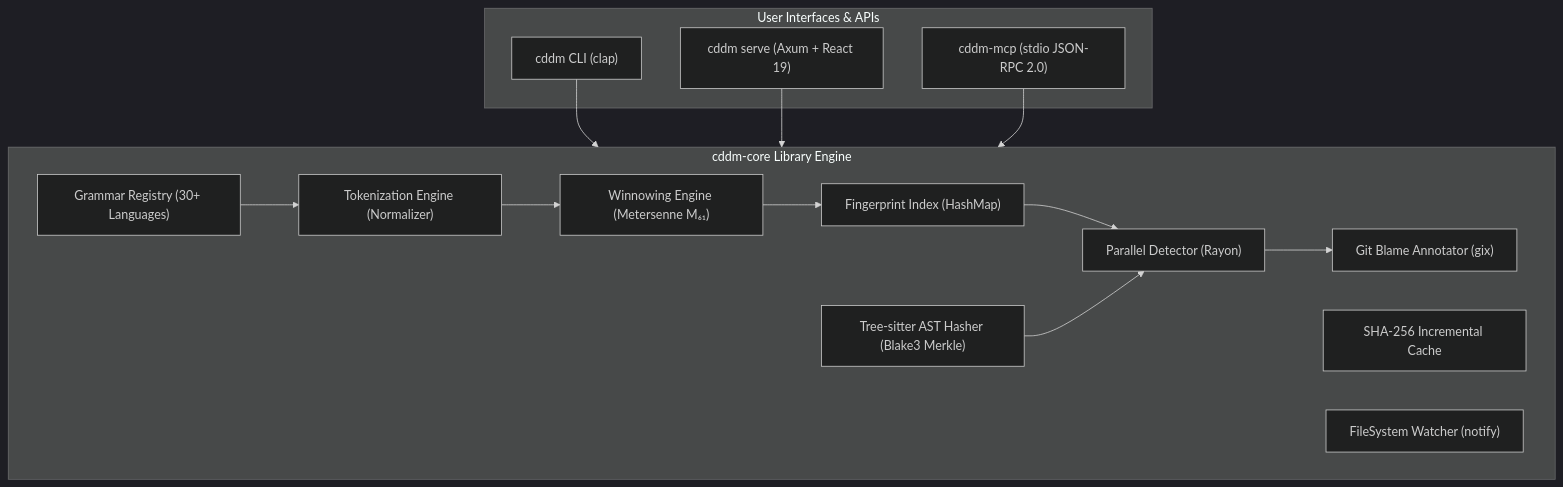
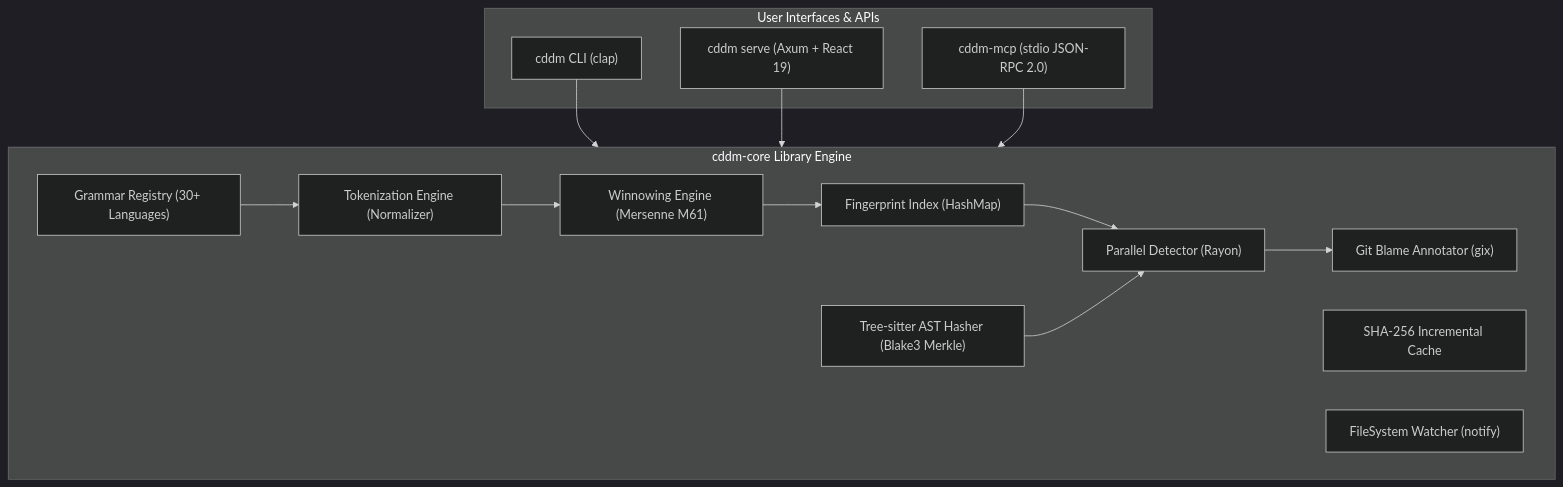
The first of 2 diagrams in docs/ARCHITECTURE.md (GrigorTonikyan/cddm), drawn with Mermaid (dark theme) before and after one commit. The commit also changed other lines of this file and 5 other files, not shown here.

````diff
--- a/docs/ARCHITECTURE.md
+++ b/docs/ARCHITECTURE.md
@@ -7,31 +7,31 @@
 ```mermaid
 graph TD
     subgraph UI ["User Interfaces & APIs"]
         CLI["cddm CLI (clap)"]
         Serve["cddm serve (Axum + React 19)"]
         MCP["cddm-mcp (stdio JSON-RPC 2.0)"]
     end
 
     subgraph Core ["cddm-core Library Engine"]
         Grammar["Grammar Registry (30+ Languages)"]
         Tokenizer["Tokenization Engine (Normalizer)"]
-        Winnow["Winnowing Engine (Metersenne M₆₁)"]
+        Winnow["Winnowing Engine (Mersenne M61)"]
         AST["Tree-sitter AST Hasher (Blake3 Merkle)"]
         Index["Fingerprint Index (HashMap)"]
         Detector["Parallel Detector (Rayon)"]
         Blame["Git Blame Annotator (gix)"]
         Cache["SHA-256 Incremental Cache"]
         Watcher["FileSystem Watcher (notify)"]
     end
 
     CLI --> Core
     Serve --> Core
     MCP --> Core
 
     Grammar --> Tokenizer
     Tokenizer --> Winnow
     Winnow --> Index
     Index --> Detector
     AST --> Detector
     Detector --> Blame
 ```
````
